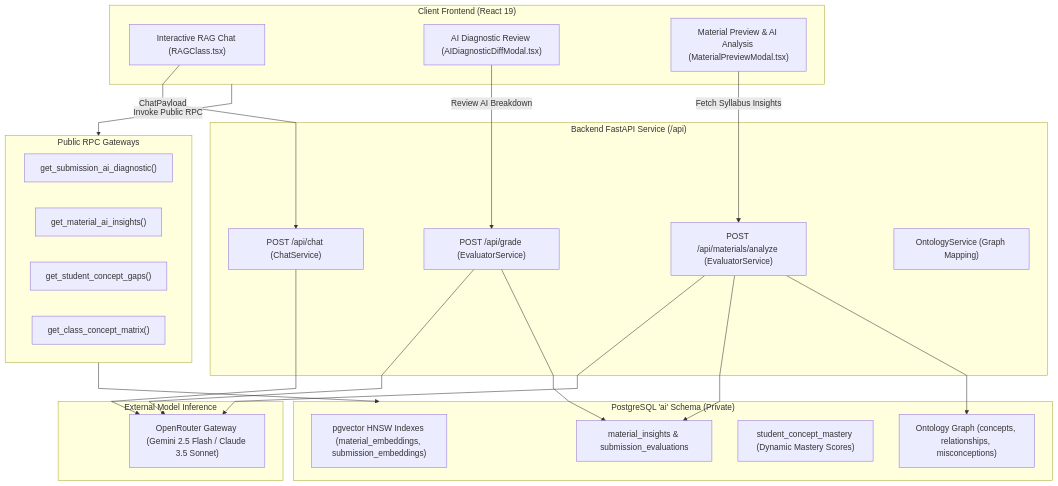
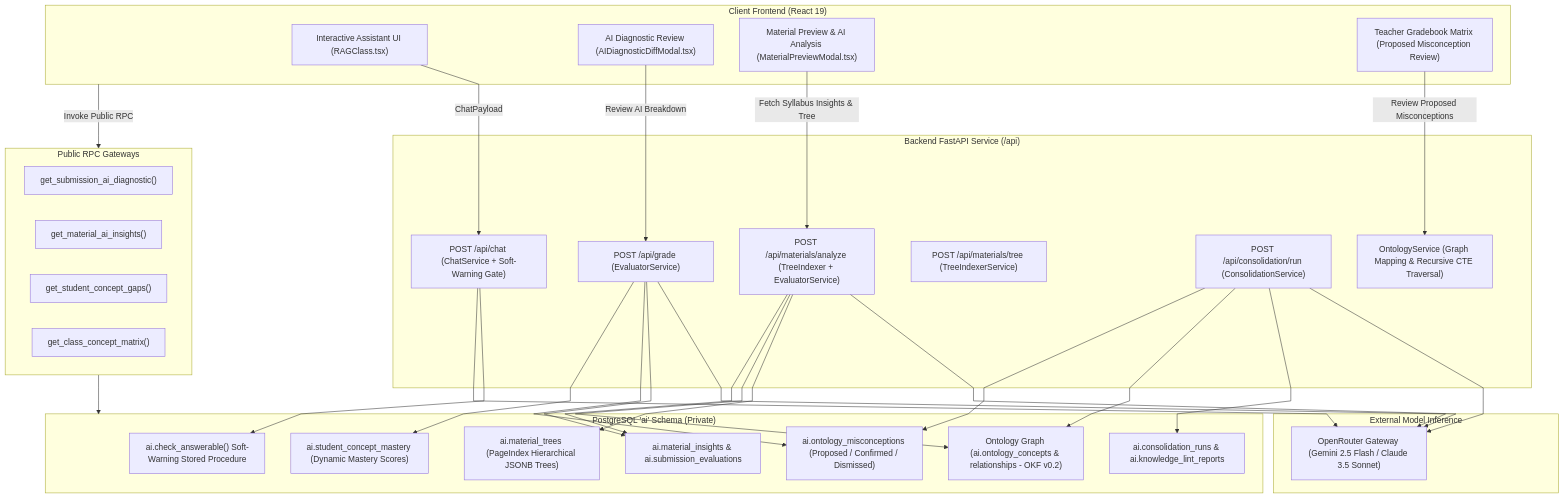
One commit to VictorBravo9er/Teacher-Assistant-Workspace changed the first of 3 diagrams in docs/systems/ai_and_ontology_subsystem.md. Above: the diagram before and after it, drawn with Mermaid. The commit also changed other lines of this file and 29 other files, not shown here.

````diff
--- a/docs/systems/ai_and_ontology_subsystem.md
+++ b/docs/systems/ai_and_ontology_subsystem.md
@@ -9,49 +9,66 @@
 ```mermaid
 %%{init: {'flowchart': {'curve': 'linear'}}}%%
 flowchart TB
     subgraph ClientUI["Client Frontend (React 19)"]
-        ChatUI["Interactive RAG Chat (RAGClass.tsx)"]
+        ChatUI["Interactive Assistant UI (RAGClass.tsx)"]
         DiffModal["AI Diagnostic Review (AIDiagnosticDiffModal.tsx)"]
         MatModal["Material Preview & AI Analysis (MaterialPreviewModal.tsx)"]
+        Gradebook["Teacher Gradebook Matrix (Proposed Misconception Review)"]
     end
 
     subgraph BackendGateway["Backend FastAPI Service (/api)"]
-        ChatEndpoint["POST /api/chat (ChatService)"]
+        ChatEndpoint["POST /api/chat (ChatService + Soft-Warning Gate)"]
         GradeEndpoint["POST /api/grade (EvaluatorService)"]
-        AnalyzeEndpoint["POST /api/materials/analyze (EvaluatorService)"]
-        OntologySvc["OntologyService (Graph Mapping)"]
+        AnalyzeEndpoint["POST /api/materials/analyze (TreeIndexer + EvaluatorService)"]
+        TreeEndpoint["POST /api/materials/tree (TreeIndexerService)"]
+        ConsolidateEndpoint["POST /api/consolidation/run (ConsolidationService)"]
+        OntologySvc["OntologyService (Graph Mapping & Recursive CTE Traversal)"]
     end
 
     subgraph AISchemaBoundary["PostgreSQL 'ai' Schema (Private)"]
-        VectorStore["pgvector HNSW Indexes (material_embeddings, submission_embeddings)"]
-        OntologyGraph["Ontology Graph (concepts, relationships, misconceptions)"]
-        ConceptMastery["student_concept_mastery (Dynamic Mastery Scores)"]
-        InsightsTable["material_insights & submission_evaluations"]
+        TreeStore["ai.material_trees (PageIndex Hierarchical JSONB Trees)"]
+        OntologyGraph["Ontology Graph (ai.ontology_concepts & relationships - OKF v0.2)"]
+        ConceptMastery["ai.student_concept_mastery (Dynamic Mastery Scores)"]
+        MisconceptionsTable["ai.ontology_misconceptions (Proposed / Confirmed / Dismissed)"]
+        InsightsTable["ai.material_insights & ai.submission_evaluations"]
+        ConsolidationLogs["ai.consolidation_runs & ai.knowledge_lint_reports"]
+        AnswerableGate["ai.check_answerable() Soft-Warning Stored Procedure"]
     end
 
     subgraph GatewayRPCs["Public RPC Gateways"]
         RPC1["get_submission_ai_diagnostic()"]
         RPC2["get_material_ai_insights()"]
         RPC3["get_student_concept_gaps()"]
         RPC4["get_class_concept_matrix()"]
     end
 
     subgraph LLMProviders["External Model Inference"]
         OpenRouter["OpenRouter Gateway (Gemini 2.5 Flash / Claude 3.5 Sonnet)"]
     end
 
     ChatUI -->|ChatPayload| ChatEndpoint
     DiffModal -->|Review AI Breakdown| GradeEndpoint
-    MatModal -->|Fetch Syllabus Insights| AnalyzeEndpoint
+    MatModal -->|Fetch Syllabus Insights & Tree| AnalyzeEndpoint
+    Gradebook -->|Review Proposed Misconceptions| OntologySvc
 
+    ChatEndpoint --> AnswerableGate
     ChatEndpoint --> OpenRouter
     GradeEndpoint --> OpenRouter
     AnalyzeEndpoint --> OpenRouter
+    ConsolidateEndpoint --> OpenRouter
 
     GradeEndpoint --> InsightsTable
+    GradeEndpoint --> MisconceptionsTable
+    GradeEndpoint --> ConceptMastery
+
+    AnalyzeEndpoint --> TreeStore
+    AnalyzeEndpoint --> OntologyGraph
     AnalyzeEndpoint --> InsightsTable
-    AnalyzeEndpoint --> OntologyGraph
+
+    ConsolidateEndpoint --> ConsolidationLogs
+    ConsolidateEndpoint --> OntologyGraph
+    ConsolidateEndpoint --> MisconceptionsTable
 
     ClientUI -->|Invoke Public RPC| GatewayRPCs
     GatewayRPCs --> AISchemaBoundary
 ```
````
